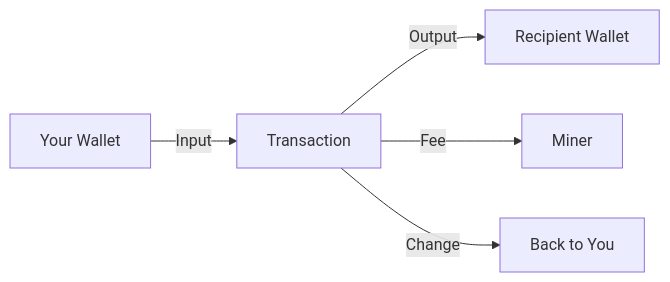
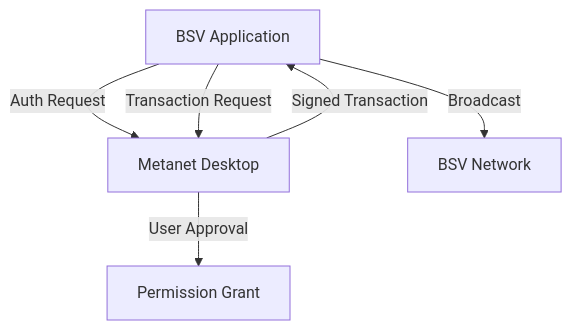
One commit to todriguez/bsv-library changed the diagram in onboarding/01-getting-started/first-transaction.md. Above: the diagram before and after it, drawn with Mermaid. The commit also changed other lines of this file and 3 other files, not shown here.

First line of the commit message:
Consolidate welcome pages and fix Metanet Desktop documentation

````diff
--- a/onboarding/01-getting-started/first-transaction.md
+++ b/onboarding/01-getting-started/first-transaction.md
@@ -84,7 +19,8 @@
 ```mermaid
-graph LR
-    A[Your Wallet] -->|Input| B[Transaction]
-    B -->|Output| C[Recipient Wallet]
-    B -->|Fee| D[Miner]
-    B -->|Change| E[Back to You]
+graph TD
+    A[BSV Application] -->|Auth Request| B[Metanet Desktop]
+    B -->|User Approval| C[Permission Grant]
+    A -->|Transaction Request| B
+    B -->|Signed Transaction| A
+    A -->|Broadcast| D[BSV Network]
 ```
````
